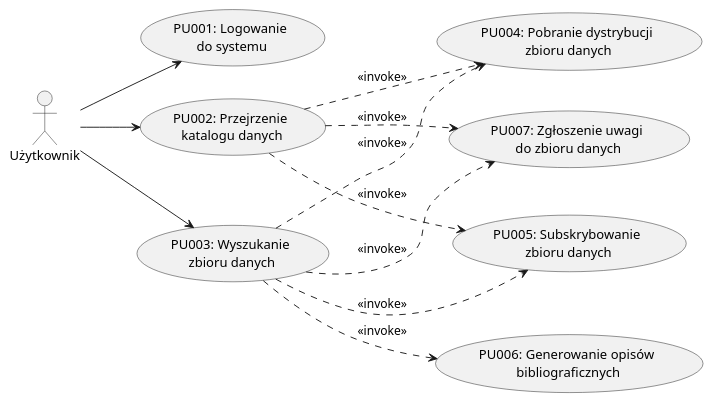
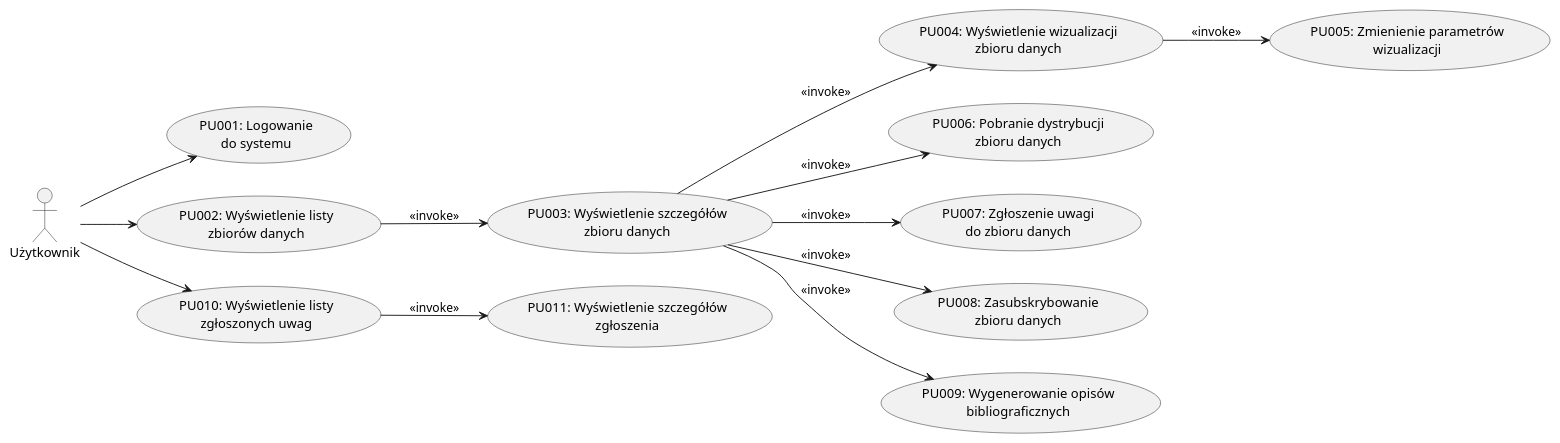
The diagram in 4. Diagramy Przypadkow/Uzytkownik.puml (kokolodziejska/IWO), drawn with PlantUML before and after one commit. The commit also changed 5 other files, not shown here.

Commit message:
Aktualizowano diagramy przypadkow uzycia systemu

```diff
--- a/4. Diagramy Przypadkow/Uzytkownik.puml
+++ b/4. Diagramy Przypadkow/Uzytkownik.puml
@@ -1,25 +1,32 @@
 @startuml Uzytkownik
 left to right direction
 
 actor "Użytkownik" as User
 
-usecase "PU001: Logowanie\n do systemu" as UC1
-usecase "PU002: Przejrzenie\n katalogu danych" as UC2
-usecase "PU003: Wyszukanie\n zbioru danych" as UC3
-usecase "PU004: Pobranie dystrybucji\n zbioru danych" as UC4
-usecase "PU005: Subskrybowanie\n zbioru danych" as UC5
-usecase "PU006: Generowanie opisów\n bibliograficznych" as UC6
-usecase "PU007: Zgłoszenie uwagi\n do zbioru danych" as UC7
+usecase "PU001: Logowanie\ndo systemu" as PU001
+usecase "PU002: Wyświetlenie listy\nzbiorów danych" as PU002
+usecase "PU003: Wyświetlenie szczegółów\nzbioru danych" as PU003
+usecase "PU004: Wyświetlenie wizualizacji\nzbioru danych" as PU004
+usecase "PU005: Zmienienie parametrów\nwizualizacji" as PU005
+usecase "PU006: Pobranie dystrybucji\nzbioru danych" as PU006
+usecase "PU007: Zgłoszenie uwagi\ndo zbioru danych" as PU007
+usecase "PU008: Zasubskrybowanie\nzbioru danych" as PU008
+usecase "PU009: Wygenerowanie opisów\nbibliograficznych" as PU009
+usecase "PU010: Wyświetlenie listy\nzgłoszonych uwag" as PU010
+usecase "PU011: Wyświetlenie szczegółów\nzgłoszenia" as PU011
 
-User --> UC1
-User --> UC2
-User --> UC3
-UC3 ..> UC6 : <<invoke>>
-UC3 ..> UC7 : <<invoke>>
-UC3 ..> UC4 : <<invoke>>
-UC2 ..> UC5 : <<invoke>>
-UC3 ..> UC5 : <<invoke>>
-UC2 ..> UC4 : <<invoke>>
-UC2 ..> UC7 : <<invoke>>
+User --> PU001
+User --> PU002
+User --> PU010
+
+PU002 --> PU003 : <<invoke>>
+PU003 --> PU004 : <<invoke>>
+PU003 --> PU007 : <<invoke>>
+PU003 --> PU008 : <<invoke>>
+PU003 --> PU006 : <<invoke>>
+PU003 --> PU009 : <<invoke>>
+PU004 --> PU005 : <<invoke>>
+
+PU010 --> PU011 : <<invoke>>
 
 @enduml
```
